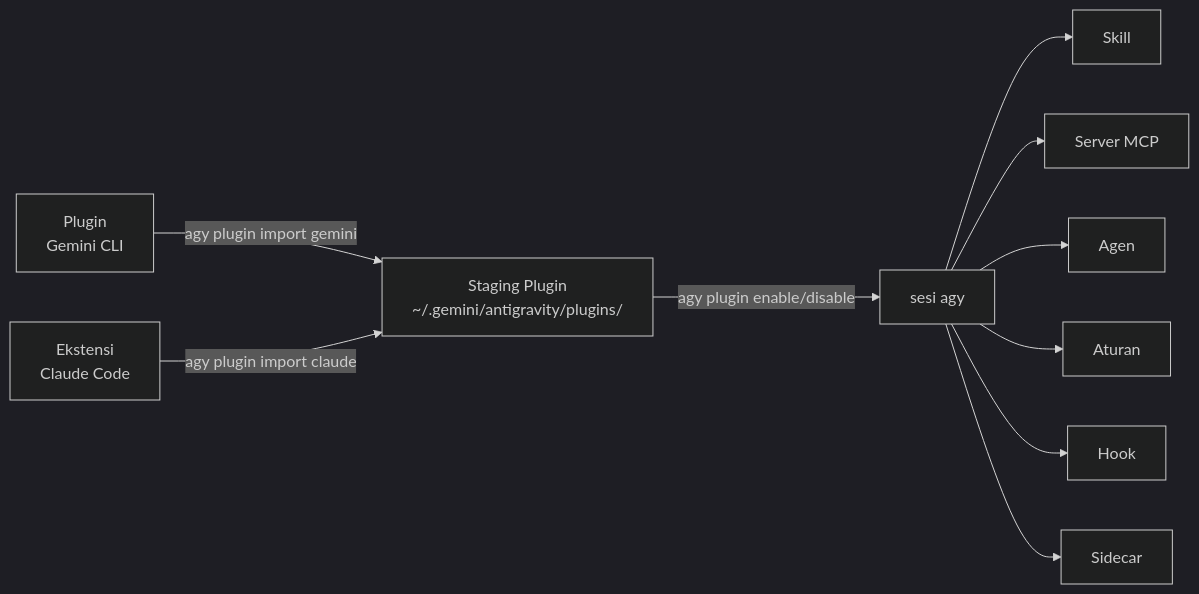
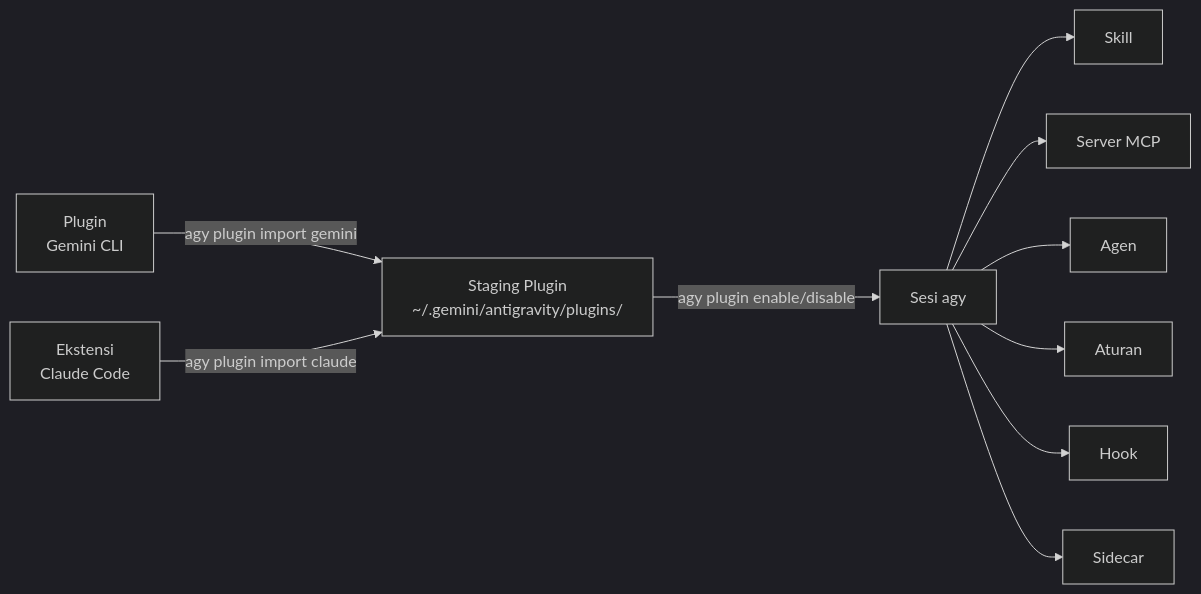
The diagram in docs/id/plugin-ecosystem.md (carlosmscabral/agy-cli-field-workshop), drawn with Mermaid (dark theme) before and after one commit. The commit also changed other lines of this file and 47 other files, not shown here.

````diff
--- a/docs/id/plugin-ecosystem.md
+++ b/docs/id/plugin-ecosystem.md
@@ -194,12 +194,12 @@
 ```mermaid
 graph LR
     GC["Plugin\nGemini CLI"] --> |agy plugin import gemini| S["Staging Plugin\n~/.gemini/antigravity/plugins/"]
     CC["Ekstensi\nClaude Code"] --> |agy plugin import claude| S
-    S --> |agy plugin enable/disable| A[sesi agy]
+    S --> |agy plugin enable/disable| A[Sesi agy]
     A --> SK[Skill]
     A --> MCP[Server MCP]
     A --> AG[Agen]
     A --> RU[Aturan]
     A --> HK[Hook]
     A --> SD[Sidecar]
 ```
````
